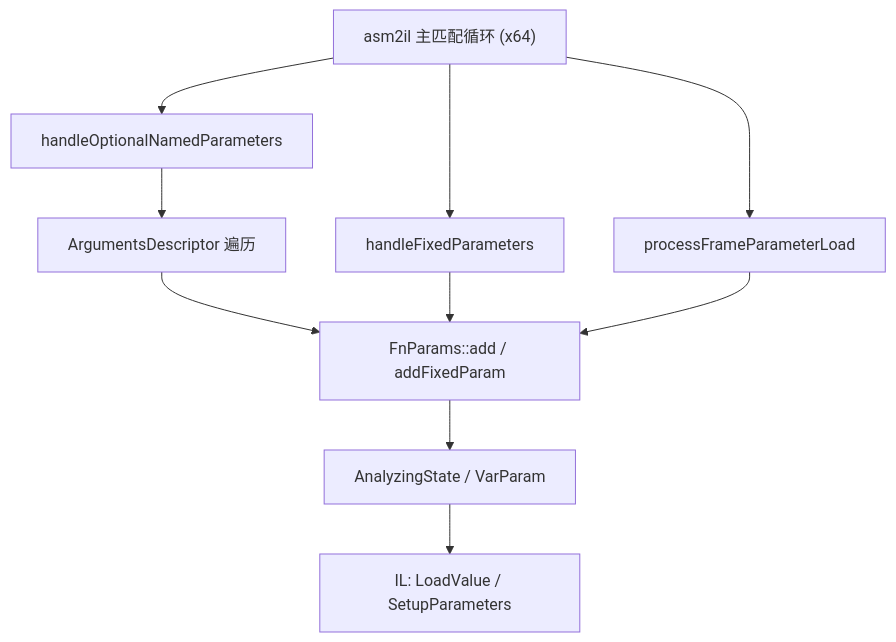
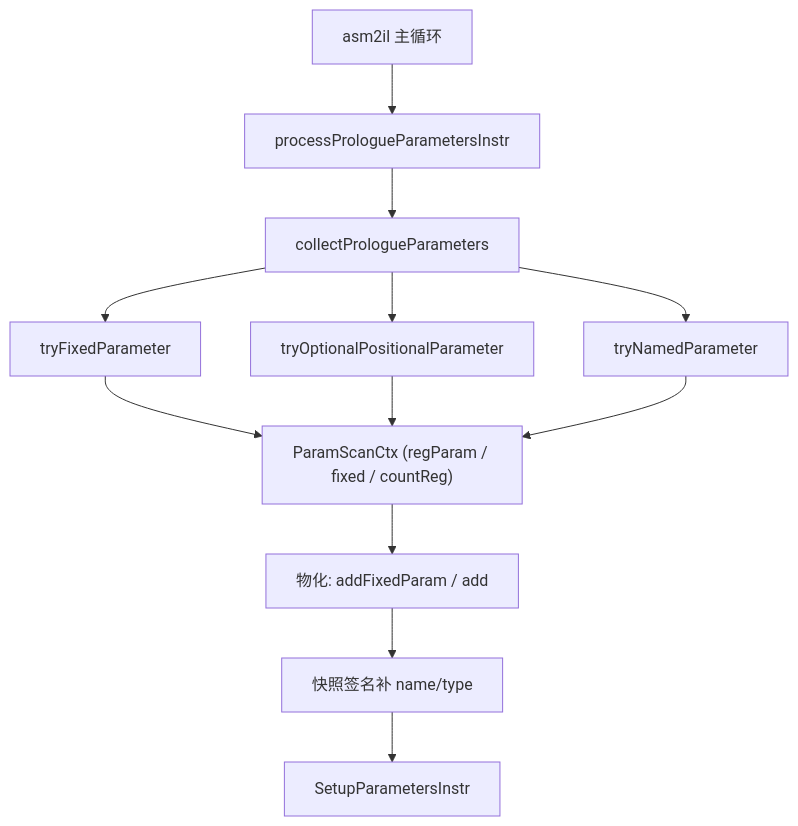
One commit to fvgfgtxdeujv/blutter_build_actions changed the diagram in .monkeycode/specs/2026-10-06-x64-analyzer-parity/design.md. Above: the diagram before and after it, drawn with Mermaid. The commit also changed other lines of this file and 2 other files, not shown here.

First line of the commit message:
feat: x64 分析器以符号解释识别 prologue 参数

````diff
--- a/.monkeycode/specs/2026-10-06-x64-analyzer-parity/design.md
+++ b/.monkeycode/specs/2026-10-06-x64-analyzer-parity/design.md
@@ -18,12 +16,14 @@
 ```mermaid
 graph TD
-    A["asm2il 主匹配循环 (x64)"] --> B["handleFixedParameters"]
-    A --> C["handleOptionalNamedParameters"]
-    A --> D["processFrameParameterLoad"]
-    C --> E["ArgumentsDescriptor 遍历"]
-    E --> F["FnParams::add / addFixedParam"]
-    B --> F
-    D --> F
-    F --> G["AnalyzingState / VarParam"]
-    G --> H["IL: LoadValue / SetupParameters"]
+    A["asm2il 主循环"] --> B["processPrologueParametersInstr"]
+    B --> C["collectPrologueParameters"]
+    C --> D["tryFixedParameter"]
+    C --> E["tryOptionalPositionalParameter"]
+    C --> F["tryNamedParameter"]
+    D --> G["ParamScanCtx (regParam / fixed / countReg)"]
+    E --> G
+    F --> G
+    G --> H["物化: addFixedParam / add"]
+    H --> I["快照签名补 name/type"]
+    I --> J["SetupParametersInstr"]
 ```
````
